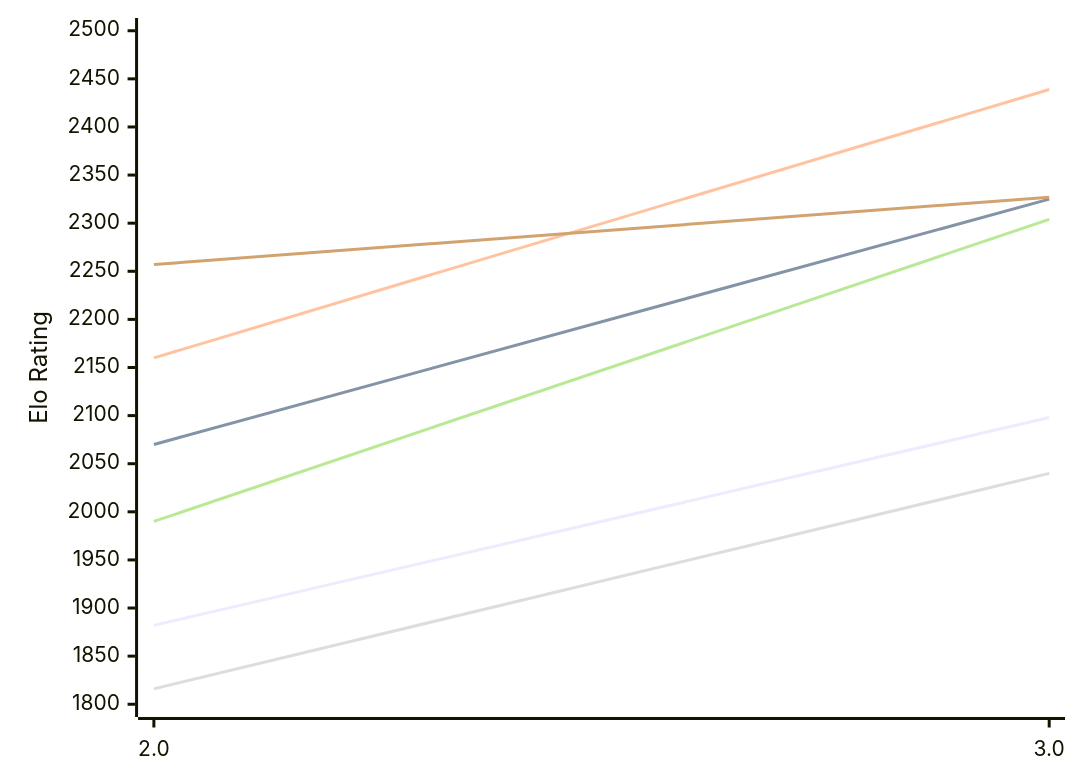
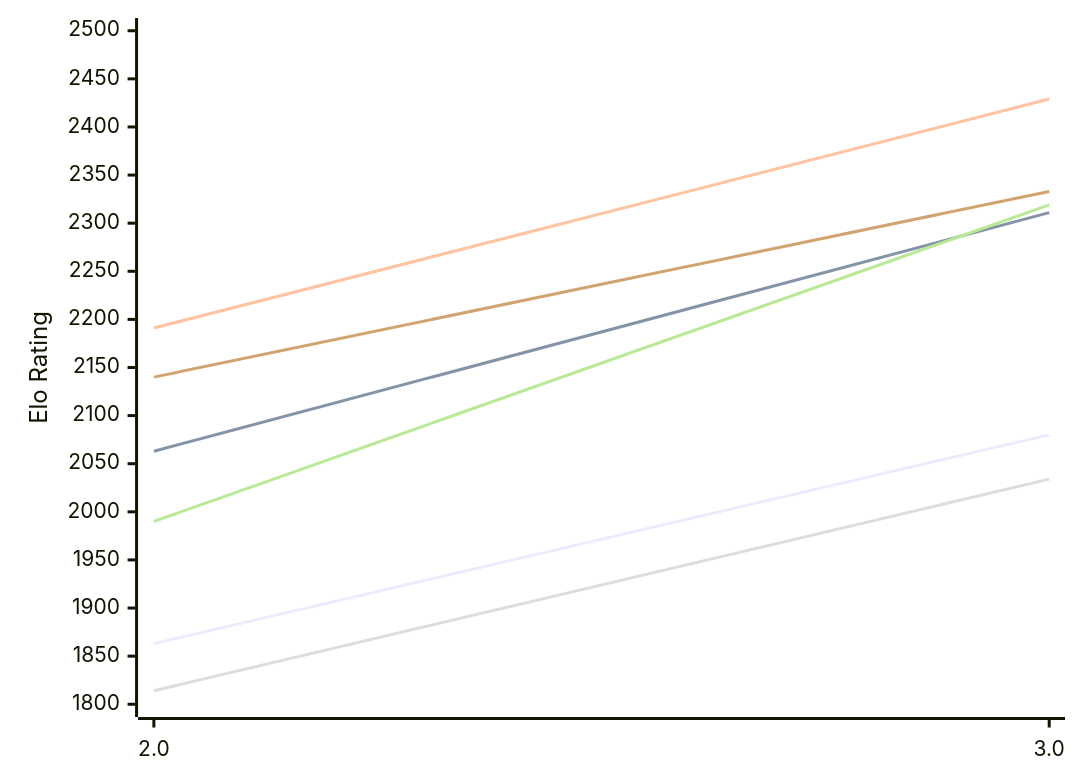
The first of 2 diagrams in engines/Zeno.md (computer-chess-index/cci), drawn with Mermaid before and after one commit. The commit also changed other lines of this file, not shown here.

Commit message:
Update CCI Ratings (ELO VLTC) - 2026-11-15

````diff
--- a/engines/Zeno.md
+++ b/engines/Zeno.md
@@ -50,12 +50,12 @@
 ```mermaid
 %%{init: {"theme":"base","themeVariables":{"seriesColors:['#a3a3a3','#222221','#faa371']}}}%%
 xychart-beta
   x-axis ["2.0", "3.0"]
   y-axis "Elo Rating" 1800 --> 2500
-  line "E1: STC (8.0+0.08s)" [1882, 2098]
-  line "E1: LTC (60.0+0.60s)" [2070, 2325]
-  line "E1: VLTC (2m24s+1.12s)" [2160, 2439]
-  line "P1: STC (8.0+0.08s)" [1816, 2040]
-  line "P1: LTC (60.0+0.60s)" [1990, 2304]
-  line "P1: VLTC (2m24s+1.12s)" [2257, 2327]
+  line "E1: STC (8.0+0.08s)" [1863, 2080]
+  line "E1: LTC (60.0+0.60s)" [2063, 2311]
+  line "E1: VLTC (2m24s+1.12s)" [2191, 2429]
+  line "P1: STC (8.0+0.08s)" [1814, 2034]
+  line "P1: LTC (60.0+0.60s)" [1990, 2319]
+  line "P1: VLTC (2m24s+1.12s)" [2140, 2333]
 ```
````
